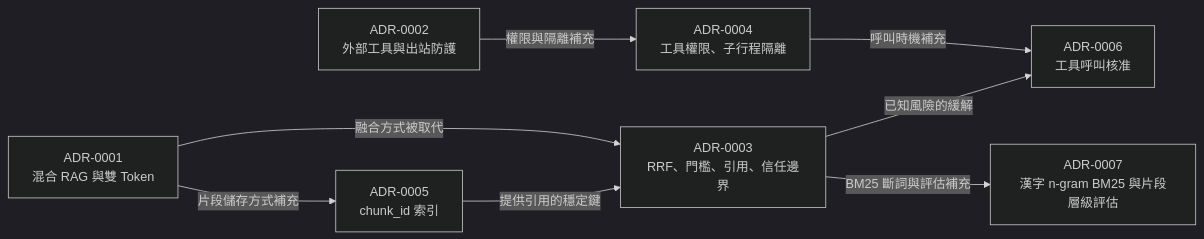
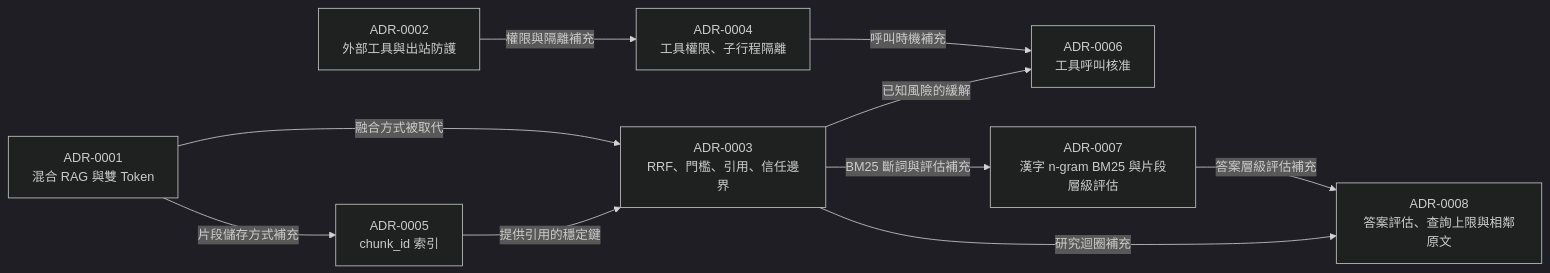
One commit to Scorpio-meow/AskMiao changed the diagram in docs/adr/README.md. Above: the diagram before and after it, drawn with Mermaid (dark theme). The commit also changed other lines of this file and 38 other files, not shown here.

````diff
--- a/docs/adr/README.md
+++ b/docs/adr/README.md
@@ -21,10 +22,12 @@
 ```mermaid
 flowchart LR
     A1["ADR-0001<br/>混合 RAG 與雙 Token"] -->|融合方式被取代| A3["ADR-0003<br/>RRF、門檻、引用、信任邊界"]
     A1 -->|片段儲存方式補充| A5["ADR-0005<br/>chunk_id 索引"]
     A5 -->|提供引用的穩定鍵| A3
     A2["ADR-0002<br/>外部工具與出站防護"] -->|權限與隔離補充| A4["ADR-0004<br/>工具權限、子行程隔離"]
     A4 -->|呼叫時機補充| A6["ADR-0006<br/>工具呼叫核准"]
     A3 -->|已知風險的緩解| A6
     A3 -->|BM25 斷詞與評估補充| A7["ADR-0007<br/>漢字 n-gram BM25 與片段層級評估"]
+    A7 -->|答案層級評估補充| A8["ADR-0008<br/>答案評估、查詢上限與相鄰原文"]
+    A3 -->|研究迴圈補充| A8
 ```
````
